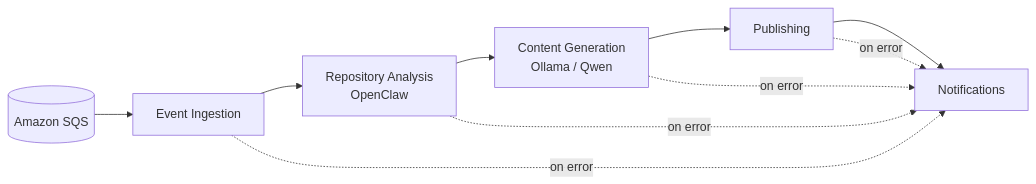
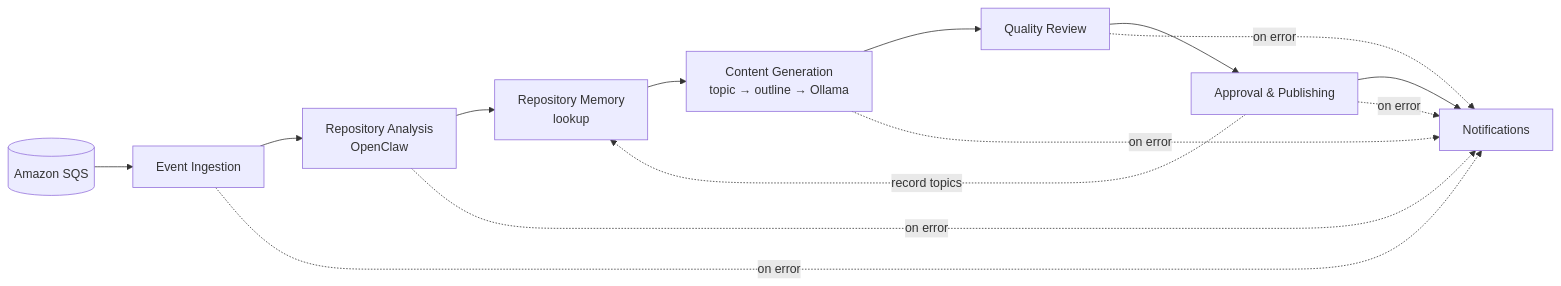
One commit to teddynted/ai-github-repository-blog-generator changed the second of 9 diagrams in docs/workflows.md. Above: the diagram before and after it, drawn with Mermaid. The commit also changed other lines of this file and 12 other files, not shown here.

````diff
--- a/docs/workflows.md
+++ b/docs/workflows.md
@@ -27,12 +50,16 @@
 ```mermaid
 flowchart LR
     SQS[(Amazon SQS)] --> I[Event Ingestion]
     I --> A[Repository Analysis<br/>OpenClaw]
-    A --> G[Content Generation<br/>Ollama / Qwen]
-    G --> P[Publishing]
+    A --> M[Repository Memory<br/>lookup]
+    M --> G[Content Generation<br/>topic → outline → Ollama]
+    G --> R[Quality Review]
+    R --> P[Approval & Publishing]
     P --> N[Notifications]
+    P -.record topics.-> M
     I -. on error .-> N
     A -. on error .-> N
     G -. on error .-> N
+    R -. on error .-> N
     P -. on error .-> N
 ```
````
